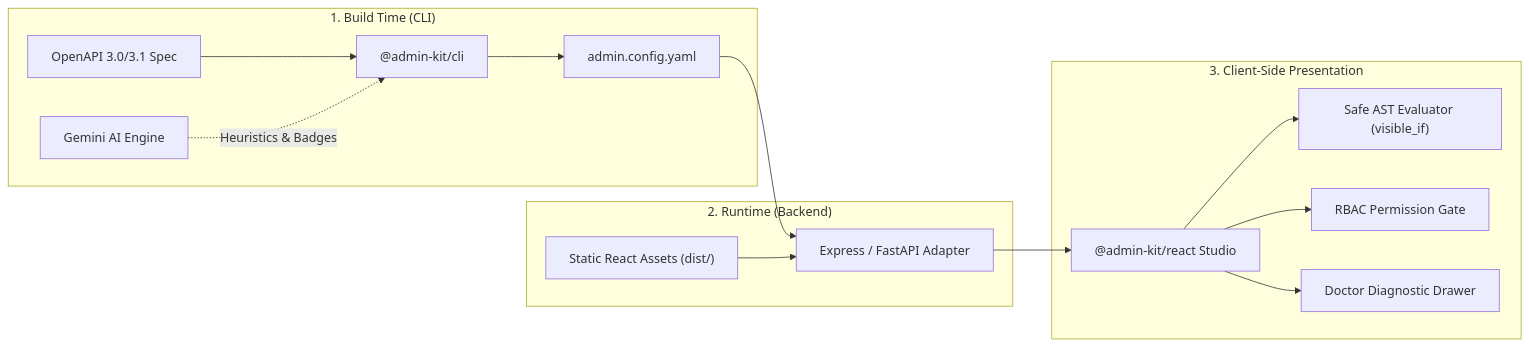
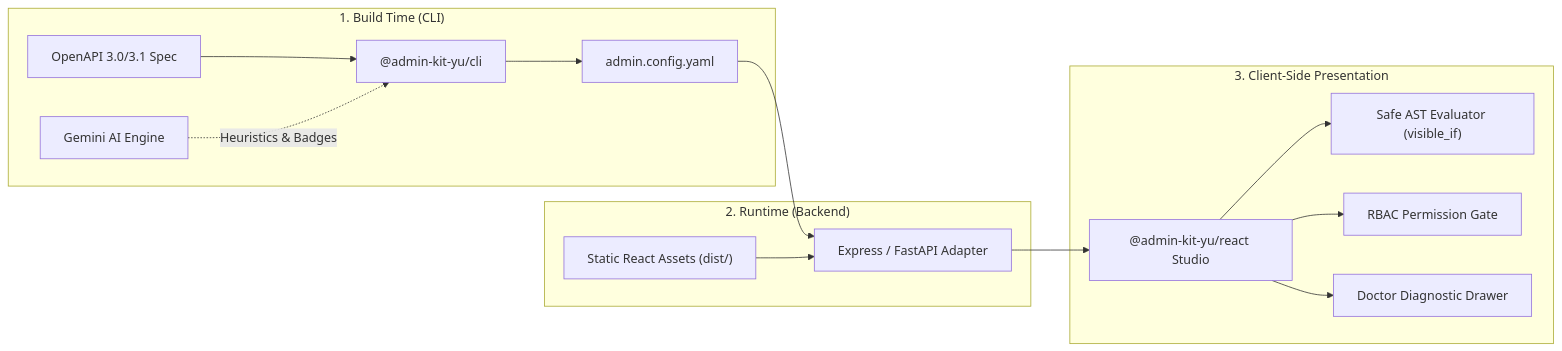
The diagram in README.md (zour-yu/admin-kit), drawn with Mermaid before and after one commit. The commit also changed other lines of this file and 56 other files, not shown here.

Commit message:
chore: initialize admin-kit monorepo with cli, core, react, and express packages

````diff
--- a/README.md
+++ b/README.md
@@ -27,20 +27,20 @@
 ```mermaid
 flowchart LR
     subgraph BuildTime["1. Build Time (CLI)"]
-        Spec["OpenAPI 3.0/3.1 Spec"] --> CLI["@admin-kit/cli"]
+        Spec["OpenAPI 3.0/3.1 Spec"] --> CLI["@admin-kit-yu/cli"]
         Gemini["Gemini AI Engine"] -.->|Heuristics & Badges| CLI
         CLI --> Config["admin.config.yaml"]
     end
 
     subgraph Runtime["2. Runtime (Backend)"]
         Config --> Server["Express / FastAPI Adapter"]
         StaticBundle["Static React Assets (dist/)"] --> Server
     end
 
     subgraph Client["3. Client-Side Presentation"]
-        Server --> SPA["@admin-kit/react Studio"]
+        Server --> SPA["@admin-kit-yu/react Studio"]
         SPA --> AST["Safe AST Evaluator (visible_if)"]
         SPA --> RBAC["RBAC Permission Gate"]
         SPA --> Doctor["Doctor Diagnostic Drawer"]
     end
 ```
````
